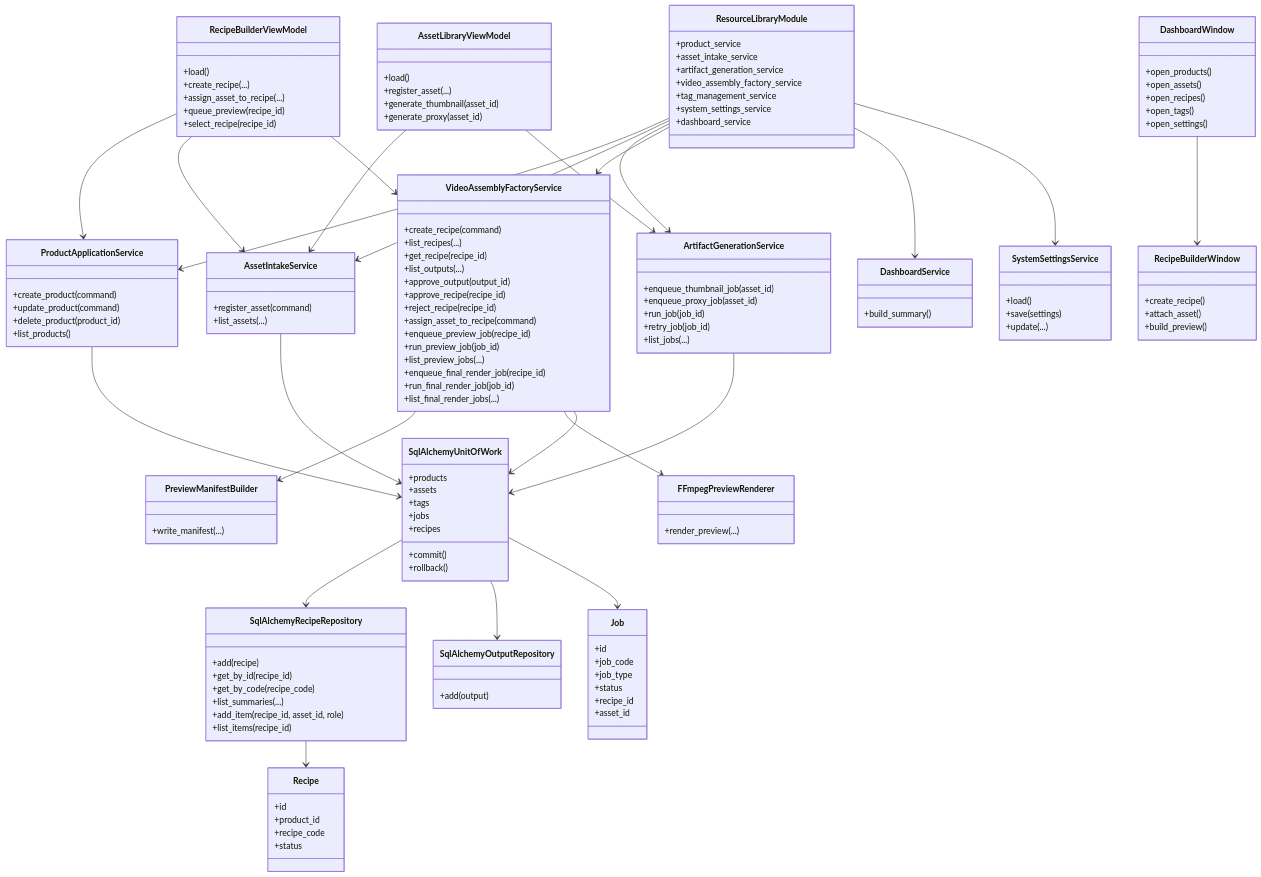
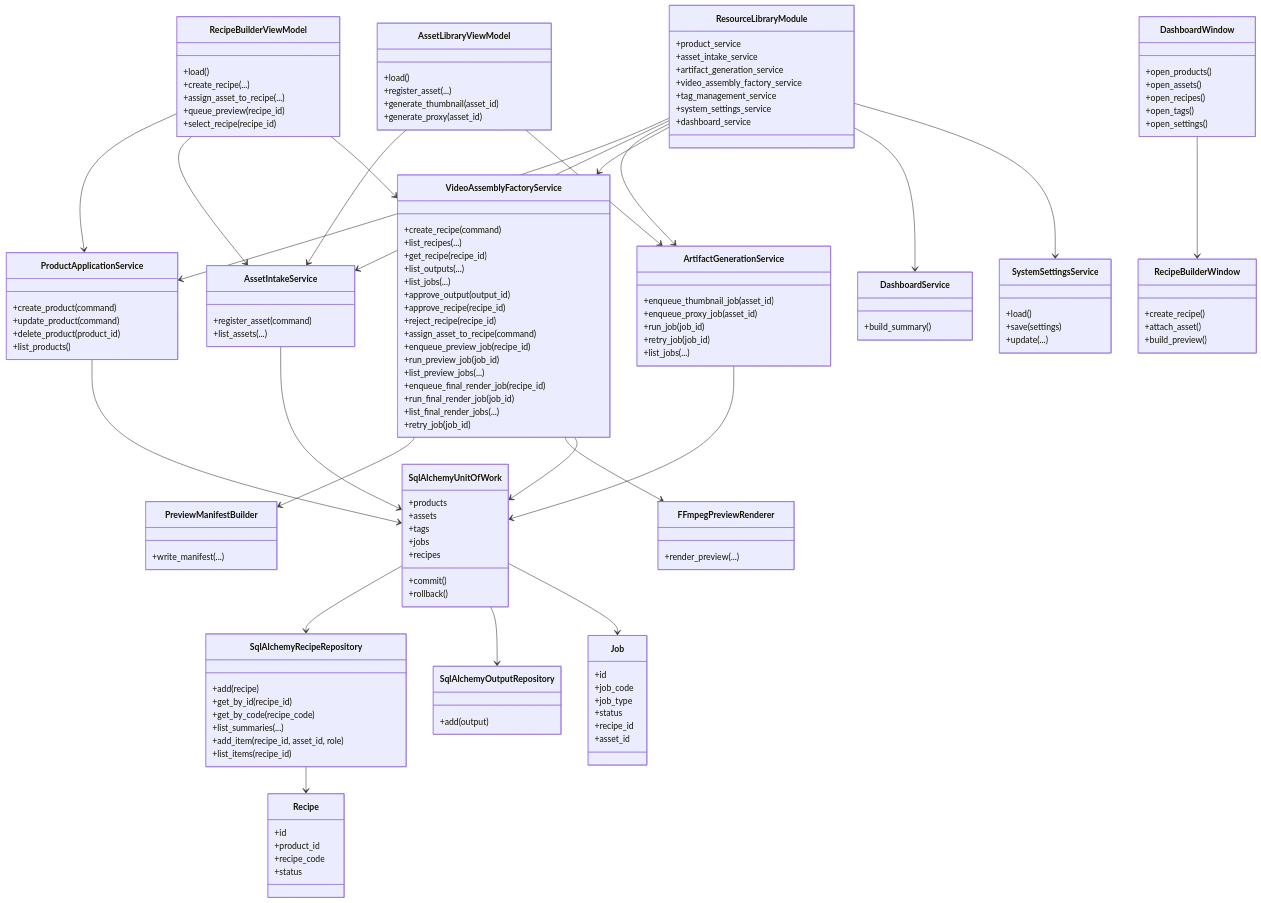
One commit to idev006/MTClipFactory changed the second of 7 diagrams in doc/10_UML_System_Overview.md. Above: the diagram before and after it, drawn with Mermaid. The commit also changed other lines of this file and 18 other files, not shown here.

Commit message:
Unify job visibility and factory retry workflow

```diff
--- a/doc/10_UML_System_Overview.md
+++ b/doc/10_UML_System_Overview.md
@@ -57,6 +57,7 @@
         +list_recipes(...)
         +get_recipe(recipe_id)
         +list_outputs(...)
+        +list_jobs(...)
         +approve_output(output_id)
         +approve_recipe(recipe_id)
         +reject_recipe(recipe_id)
@@ -67,6 +68,7 @@
         +enqueue_final_render_job(recipe_id)
         +run_final_render_job(job_id)
         +list_final_render_jobs(...)
+        +retry_job(job_id)
     }
 
     class FFmpegPreviewRenderer {
```
